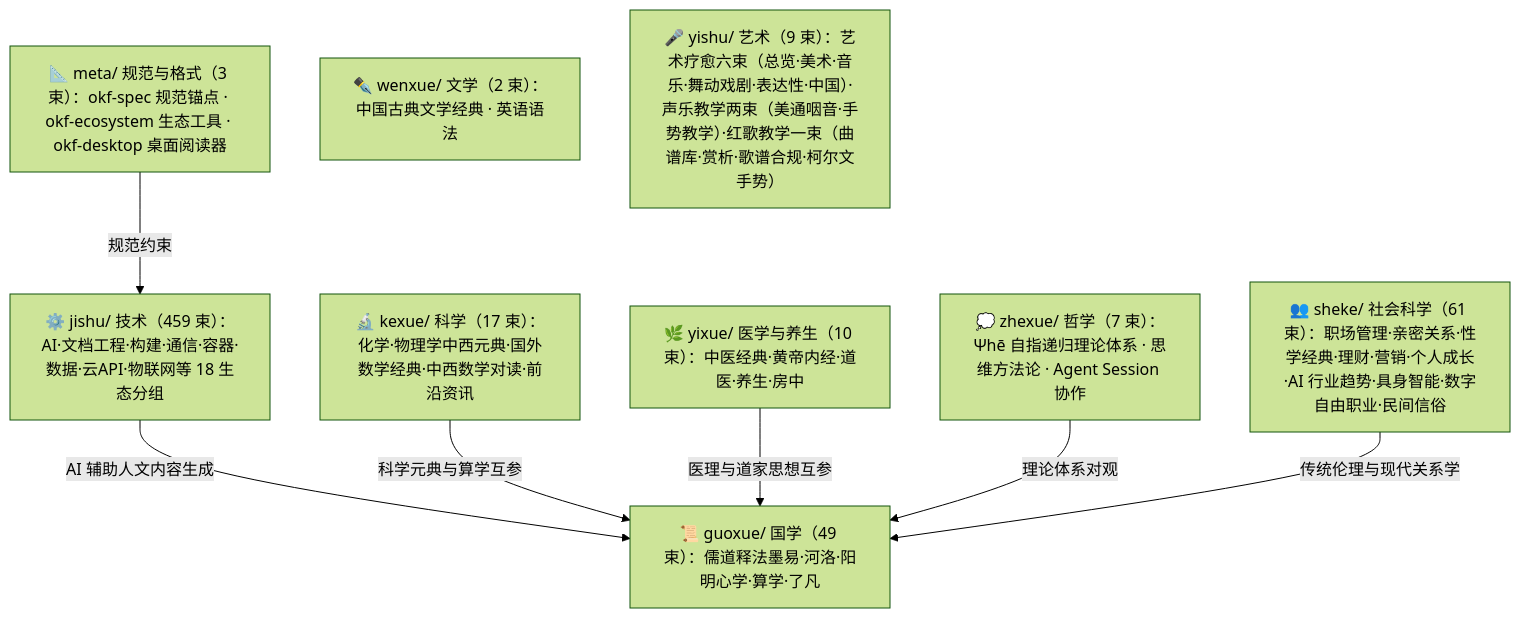
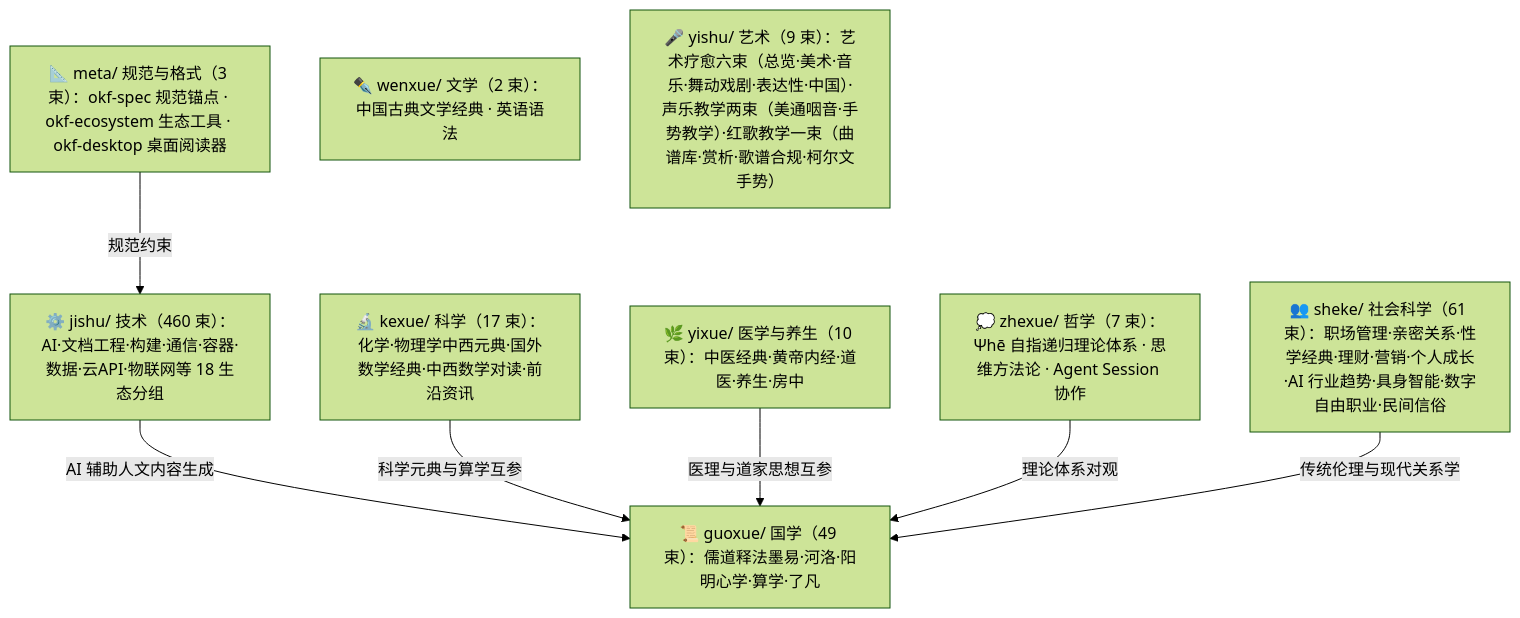
The diagram in doc/bundles/index.md (awesome-flexloop/awesome-okf), drawn with Mermaid (forest theme) before and after one commit. The commit also changed other lines of this file and 17 other files, not shown here.

````diff
--- a/doc/bundles/index.md
+++ b/doc/bundles/index.md
@@ -21,18 +21,18 @@
 ```mermaid
 flowchart TD
     meta["📐 meta/ 规范与格式（3 束）：okf-spec 规范锚点 · okf-ecosystem 生态工具 · okf-desktop 桌面阅读器"]
     guoxue["📜 guoxue/ 国学（49 束）：儒道释法墨易·河洛·阳明心学·算学·了凡"]
     zhexue["💭 zhexue/ 哲学（7 束）：Ψhē 自指递归理论体系 · 思维方法论 · Agent Session 协作"]
     kexue["🔬 kexue/ 科学（17 束）：化学·物理学中西元典·国外数学经典·中西数学对读·前沿资讯"]
     wenxue["✒️ wenxue/ 文学（2 束）：中国古典文学经典 · 英语语法"]
     yixue["🌿 yixue/ 医学与养生（10 束）：中医经典·黄帝内经·道医·养生·房中"]
     sheke["👥 sheke/ 社会科学（61 束）：职场管理·亲密关系·性学经典·理财·营销·个人成长·AI 行业趋势·具身智能·数字自由职业·民间信俗"]
     yishu["🎤 yishu/ 艺术（9 束）：艺术疗愈六束（总览·美术·音乐·舞动戏剧·表达性·中国）·声乐教学两束（美通咽音·手势教学）·红歌教学一束（曲谱库·赏析·歌谱合规·柯尔文手势）"]
-    jishu["⚙️ jishu/ 技术（459 束）：AI·文档工程·构建·通信·容器·数据·云API·物联网等 18 生态分组"]
+    jishu["⚙️ jishu/ 技术（460 束）：AI·文档工程·构建·通信·容器·数据·云API·物联网等 18 生态分组"]
     meta -->|"规范约束"| jishu
     jishu -->|"AI 辅助人文内容生成"| guoxue
     kexue -->|"科学元典与算学互参"| guoxue
     yixue -->|"医理与道家思想互参"| guoxue
     zhexue -->|"理论体系对观"| guoxue
     sheke -->|"传统伦理与现代关系学"| guoxue
 ```
````
